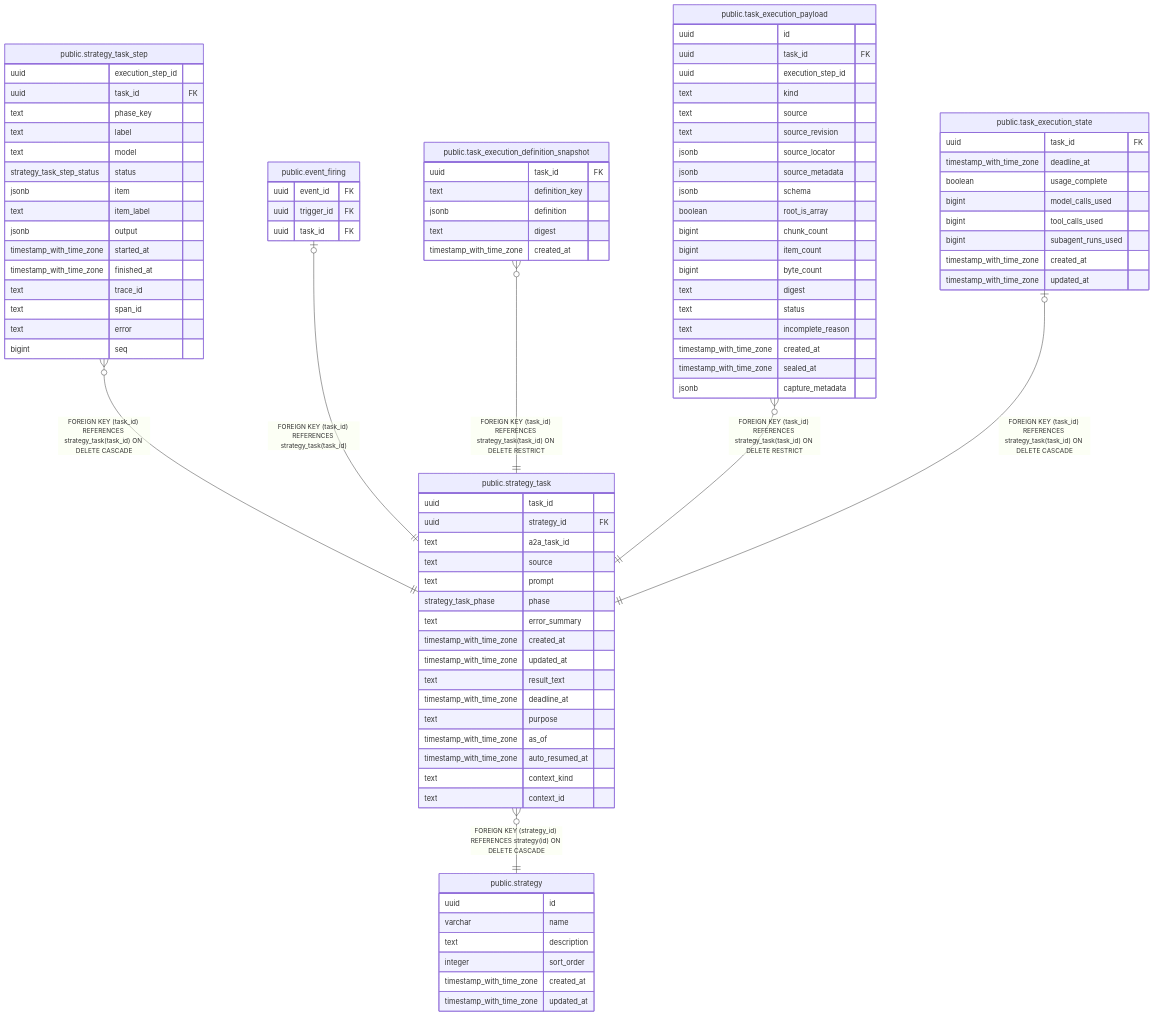
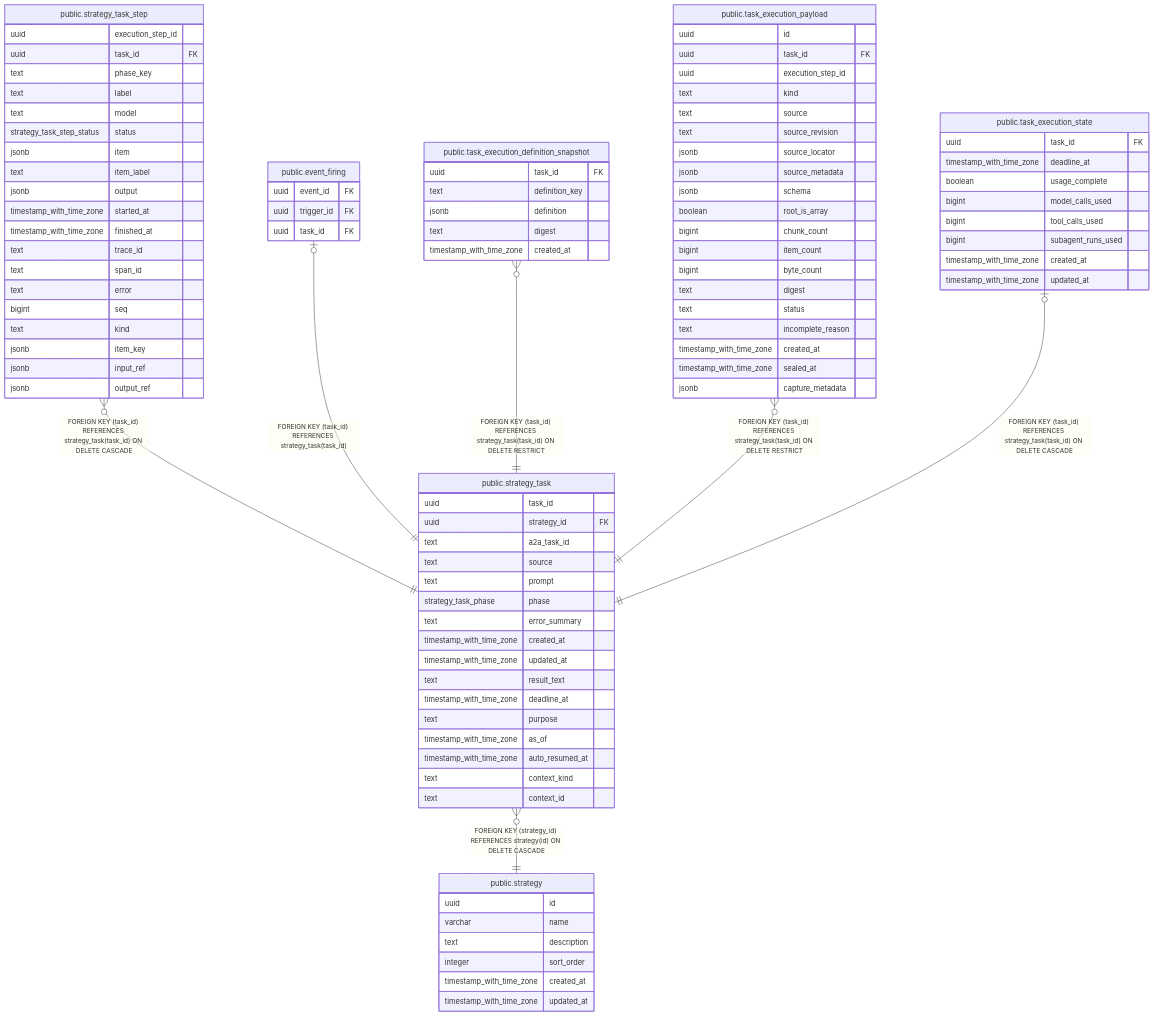
One commit to fohte/t-rader changed the diagram in backend/docs/db/public.strategy_task.md. Above: the diagram before and after it, drawn with Mermaid. The commit also changed 69 other files, not shown here.

Commit message:
feat(agent-graph): operation phase を実行可能にする (#1009)

```diff
--- a/backend/docs/db/public.strategy_task.md
+++ b/backend/docs/db/public.strategy_task.md
@@ -96,6 +96,10 @@
   text span_id
   text error
   bigint seq
+  text kind
+  jsonb item_key
+  jsonb input_ref
+  jsonb output_ref
 }
 "public.event_firing" {
   uuid event_id FK
```
